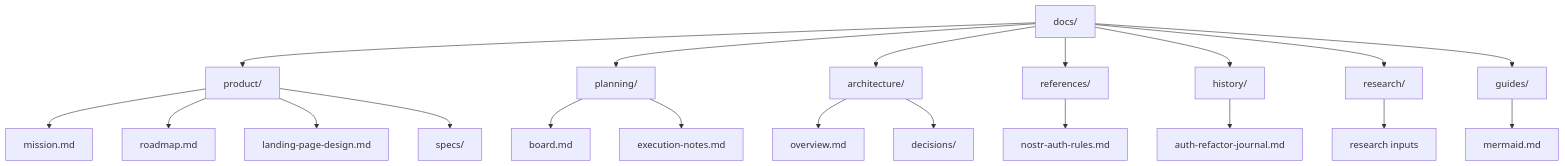
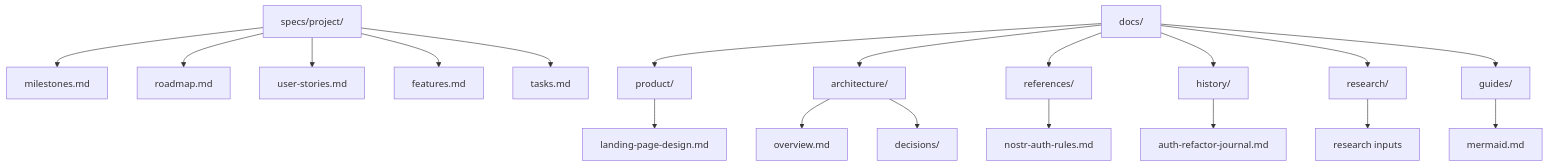
Before and after one commit to maxiim3/nostr-tools-ng-app: the diagram in docs/README.md, drawn with Mermaid. The commit also changed other lines of this file and 65 other files, not shown here.

````diff
--- a/docs/README.md
+++ b/docs/README.md
@@ -51,23 +48,23 @@
 ```mermaid
 flowchart TD
+  Project[specs/project/] --> Milestones[milestones.md]
+  Project --> Roadmap[roadmap.md]
+  Project --> Stories[user-stories.md]
+  Project --> Features[features.md]
+  Project --> Tasks[tasks.md]
+
   Docs[docs/] --> Product[product/]
-  Docs --> Planning[planning/]
   Docs --> Architecture[architecture/]
   Docs --> References[references/]
   Docs --> History[history/]
   Docs --> Research[research/]
   Docs --> Guides[guides/]
 
-  Product --> Mission[mission.md]
-  Product --> Roadmap[roadmap.md]
   Product --> LandingDesign[landing-page-design.md]
-  Product --> ProductSpecs[specs/]
-  Planning --> Board[board.md]
-  Planning --> ExecutionNotes[execution-notes.md]
   Architecture --> Overview[overview.md]
   Architecture --> Decisions[decisions/]
   References --> Rules[nostr-auth-rules.md]
   History --> Journal[auth-refactor-journal.md]
   Research --> Inputs[research inputs]
   Guides --> Mermaid[mermaid.md]
 ```
````
